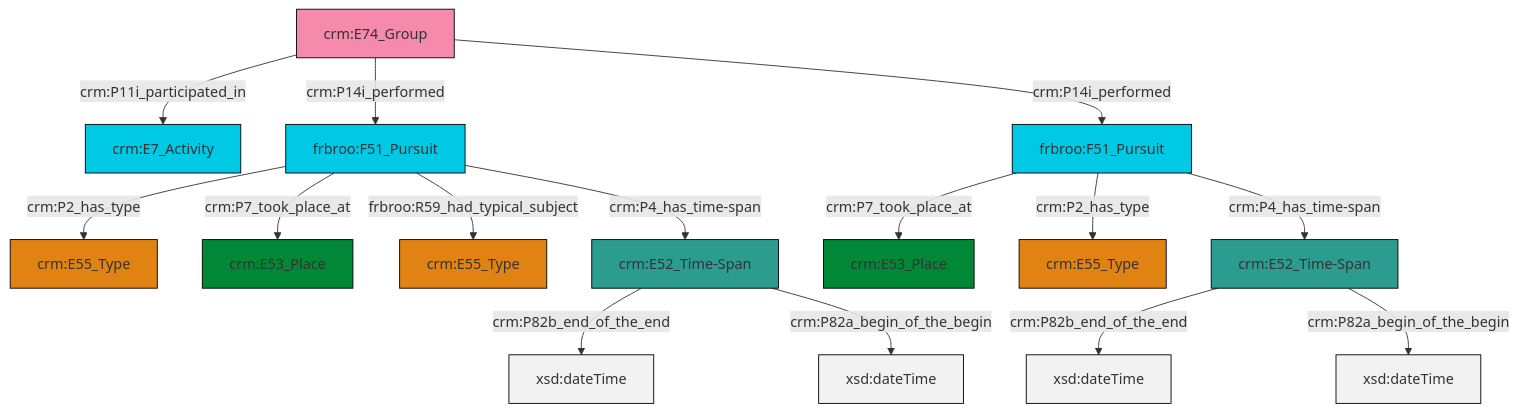
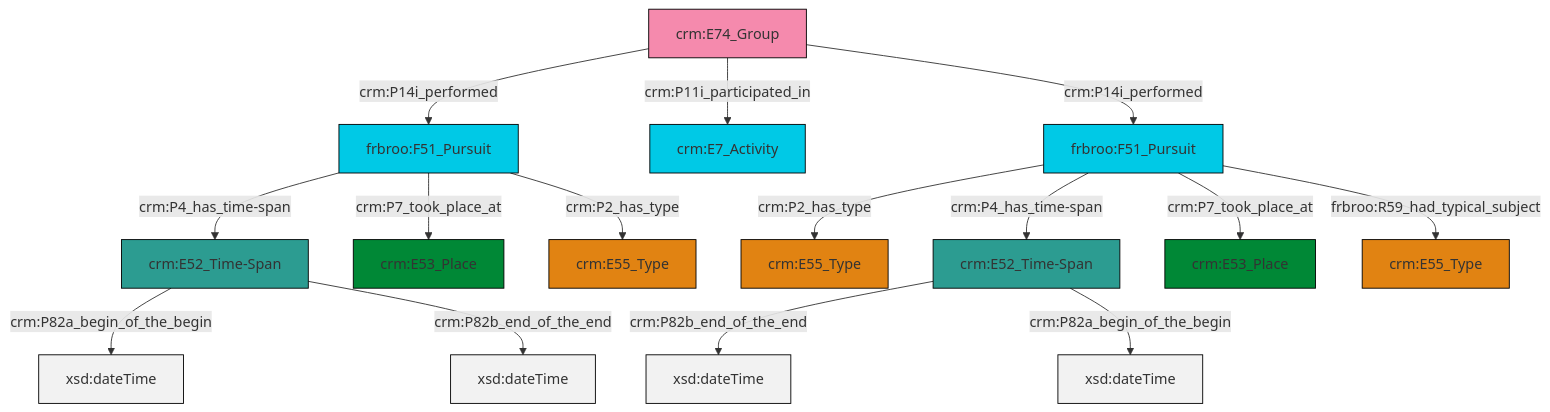
Before and after one commit to swiss-art-research-net/reference-data-models: the diagram in et/groupCSV/ttl/mmd/group_events.ttl.mmd, drawn with Mermaid. The commit also changed 131 other files, not shown here.

```diff
--- a/et/groupCSV/ttl/mmd/group_events.ttl.mmd
+++ b/et/groupCSV/ttl/mmd/group_events.ttl.mmd
@@ -1,29 +1,29 @@
 graph TD
 classDef Literal fill:#f2f2f2,stroke:#000000;
 classDef CRM_Entity fill:#FFFFFF,stroke:#000000;
 classDef Temporal_Entity fill:#00C9E6, stroke:#000000;
 classDef Type fill:#E18312, stroke:#000000;
 classDef Time-Span fill:#2C9C91, stroke:#000000;
 classDef Appellation fill:#FFEB7F, stroke:#000000;
 classDef Place fill:#008836, stroke:#000000;
 classDef Persistent_Item fill:#B266B2, stroke:#000000;
 classDef Conceptual_Object fill:#FFD700, stroke:#000000;
 classDef Physical_Thing fill:#D2B48C, stroke:#000000;
 classDef Actor fill:#f58aad, stroke:#000000;
 classDef PC_Classes fill:#4ce600, stroke:#000000;
 classDef Multi fill:#cccccc,stroke:#000000;
 
 0["frbroo:F51_Pursuit"]:::Temporal_Entity -->|crm:P2_has_type| 1["crm:E55_Type"]:::Type
-0["frbroo:F51_Pursuit"]:::Temporal_Entity -->|crm:P7_took_place_at| 4["crm:E53_Place"]:::Place
-8["crm:E52_Time-Span"]:::Time-Span -->|crm:P82b_end_of_the_end| 9[xsd:dateTime]:::Literal
-10["frbroo:F51_Pursuit"]:::Temporal_Entity -->|crm:P7_took_place_at| 11["crm:E53_Place"]:::Place
-0["frbroo:F51_Pursuit"]:::Temporal_Entity -->|frbroo:R59_had_typical_subject| 12["crm:E55_Type"]:::Type
-6["crm:E52_Time-Span"]:::Time-Span -->|crm:P82b_end_of_the_end| 14[xsd:dateTime]:::Literal
-10["frbroo:F51_Pursuit"]:::Temporal_Entity -->|crm:P2_has_type| 2["crm:E55_Type"]:::Type
-18["crm:E74_Group"]:::Actor -->|crm:P11i_participated_in| 15["crm:E7_Activity"]:::Temporal_Entity
-8["crm:E52_Time-Span"]:::Time-Span -->|crm:P82a_begin_of_the_begin| 19[xsd:dateTime]:::Literal
-18["crm:E74_Group"]:::Actor -->|crm:P14i_performed| 0["frbroo:F51_Pursuit"]:::Temporal_Entity
-0["frbroo:F51_Pursuit"]:::Temporal_Entity -->|crm:P4_has_time-span| 6["crm:E52_Time-Span"]:::Time-Span
-10["frbroo:F51_Pursuit"]:::Temporal_Entity -->|crm:P4_has_time-span| 8["crm:E52_Time-Span"]:::Time-Span
-18["crm:E74_Group"]:::Actor -->|crm:P14i_performed| 10["frbroo:F51_Pursuit"]:::Temporal_Entity
-6["crm:E52_Time-Span"]:::Time-Span -->|crm:P82a_begin_of_the_begin| 25[xsd:dateTime]:::Literal
+4["crm:E52_Time-Span"]:::Time-Span -->|crm:P82b_end_of_the_end| 5[xsd:dateTime]:::Literal
+7["crm:E52_Time-Span"]:::Time-Span -->|crm:P82a_begin_of_the_begin| 8[xsd:dateTime]:::Literal
+9["frbroo:F51_Pursuit"]:::Temporal_Entity -->|crm:P4_has_time-span| 7["crm:E52_Time-Span"]:::Time-Span
+4["crm:E52_Time-Span"]:::Time-Span -->|crm:P82a_begin_of_the_begin| 13[xsd:dateTime]:::Literal
+14["crm:E74_Group"]:::Actor -->|crm:P14i_performed| 9["frbroo:F51_Pursuit"]:::Temporal_Entity
+0["frbroo:F51_Pursuit"]:::Temporal_Entity -->|crm:P4_has_time-span| 4["crm:E52_Time-Span"]:::Time-Span
+14["crm:E74_Group"]:::Actor -->|crm:P11i_participated_in| 19["crm:E7_Activity"]:::Temporal_Entity
+7["crm:E52_Time-Span"]:::Time-Span -->|crm:P82b_end_of_the_end| 21[xsd:dateTime]:::Literal
+9["frbroo:F51_Pursuit"]:::Temporal_Entity -->|crm:P7_took_place_at| 11["crm:E53_Place"]:::Place
+0["frbroo:F51_Pursuit"]:::Temporal_Entity -->|crm:P7_took_place_at| 2["crm:E53_Place"]:::Place
+0["frbroo:F51_Pursuit"]:::Temporal_Entity -->|frbroo:R59_had_typical_subject| 23["crm:E55_Type"]:::Type
+9["frbroo:F51_Pursuit"]:::Temporal_Entity -->|crm:P2_has_type| 15["crm:E55_Type"]:::Type
+14["crm:E74_Group"]:::Actor -->|crm:P14i_performed| 0["frbroo:F51_Pursuit"]:::Temporal_Entity
```
